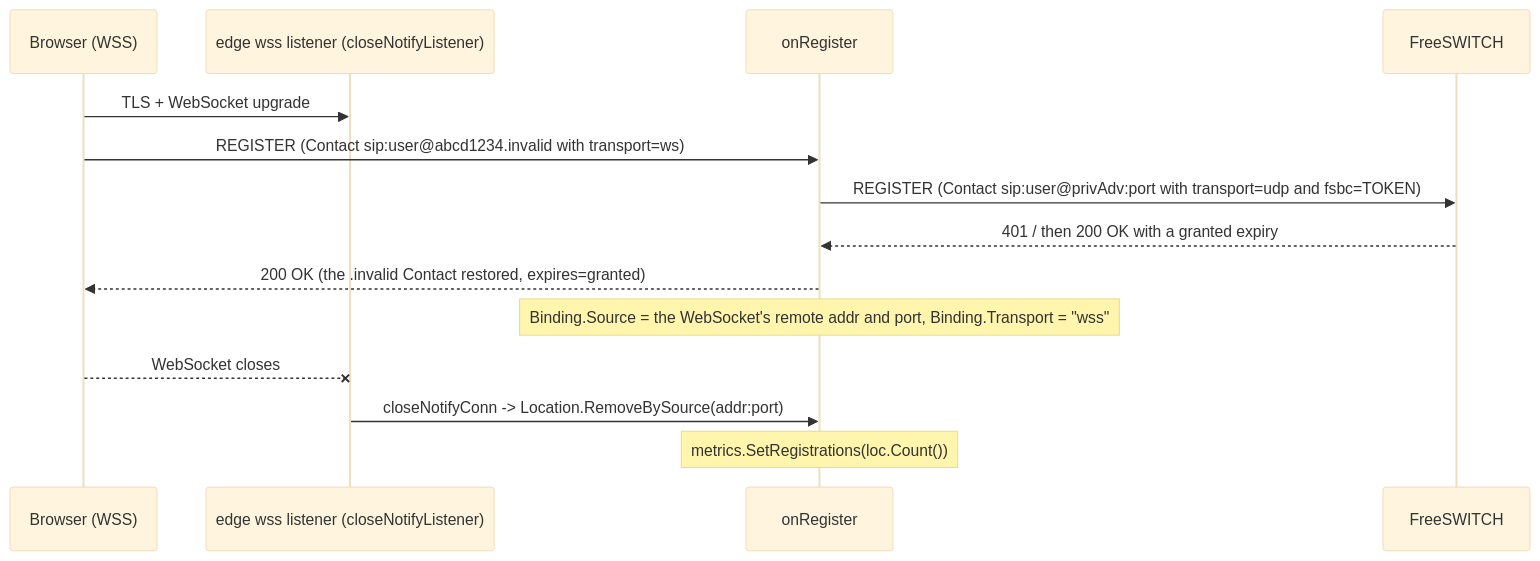
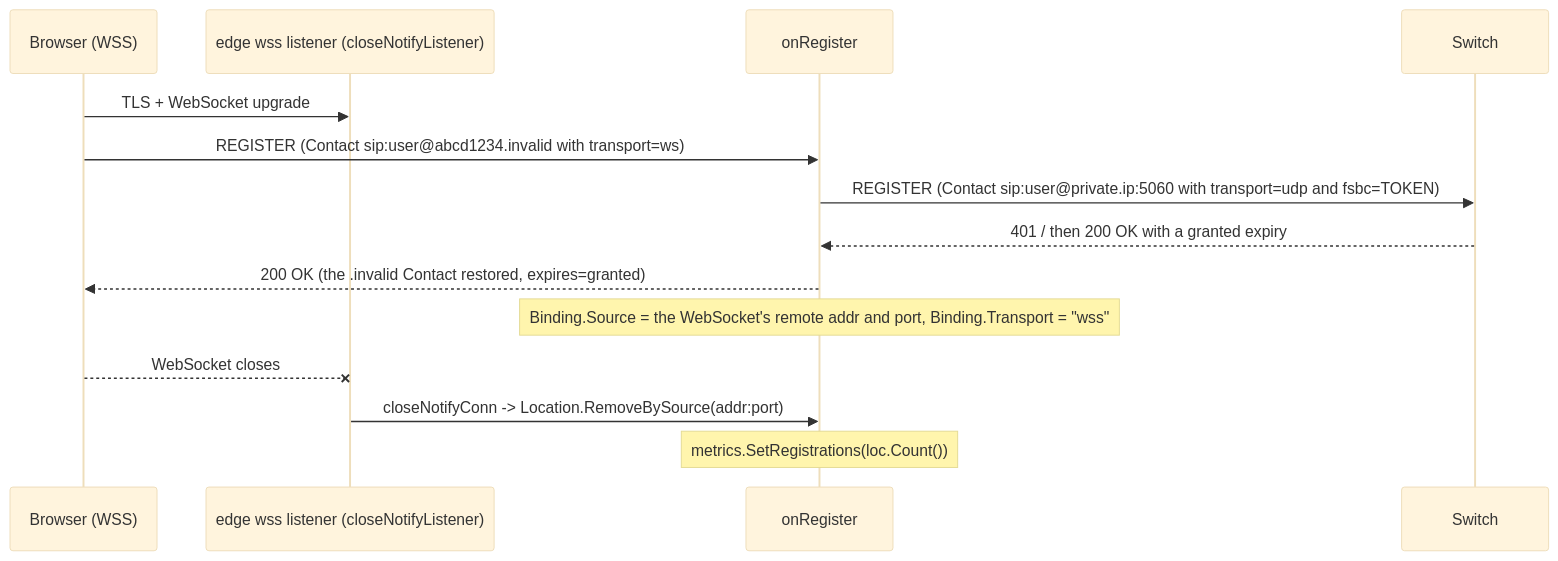
Diagram 11 of 18 in docs/design.md (aicc2025/freesbc), drawn with Mermaid (base theme) before and after one commit. The commit also changed other lines of this file and 30 other files, not shown here.

````diff
--- a/docs/design.md
+++ b/docs/design.md
@@ -2930,17 +2259,17 @@
 ```mermaid
 sequenceDiagram
     participant B as Browser (WSS)
     participant L as edge wss listener (closeNotifyListener)
     participant G as onRegister
-    participant FS as FreeSWITCH
+    participant FS as Switch
 
     B->>L: TLS + WebSocket upgrade
     B->>G: REGISTER (Contact sip:user@abcd1234.invalid with transport=ws)
-    G->>FS: REGISTER (Contact sip:user@privAdv:port with transport=udp and fsbc=TOKEN)
+    G->>FS: REGISTER (Contact sip:user@private.ip:5060 with transport=udp and fsbc=TOKEN)
     FS-->>G: 401 / then 200 OK with a granted expiry
     G-->>B: 200 OK (the .invalid Contact restored, expires=granted)
     Note over G: Binding.Source = the WebSocket's remote addr and port, Binding.Transport = "wss"
     B--xL: WebSocket closes
     L->>G: closeNotifyConn -> Location.RemoveBySource(addr:port)
     Note over G: metrics.SetRegistrations(loc.Count())
 ```
````
